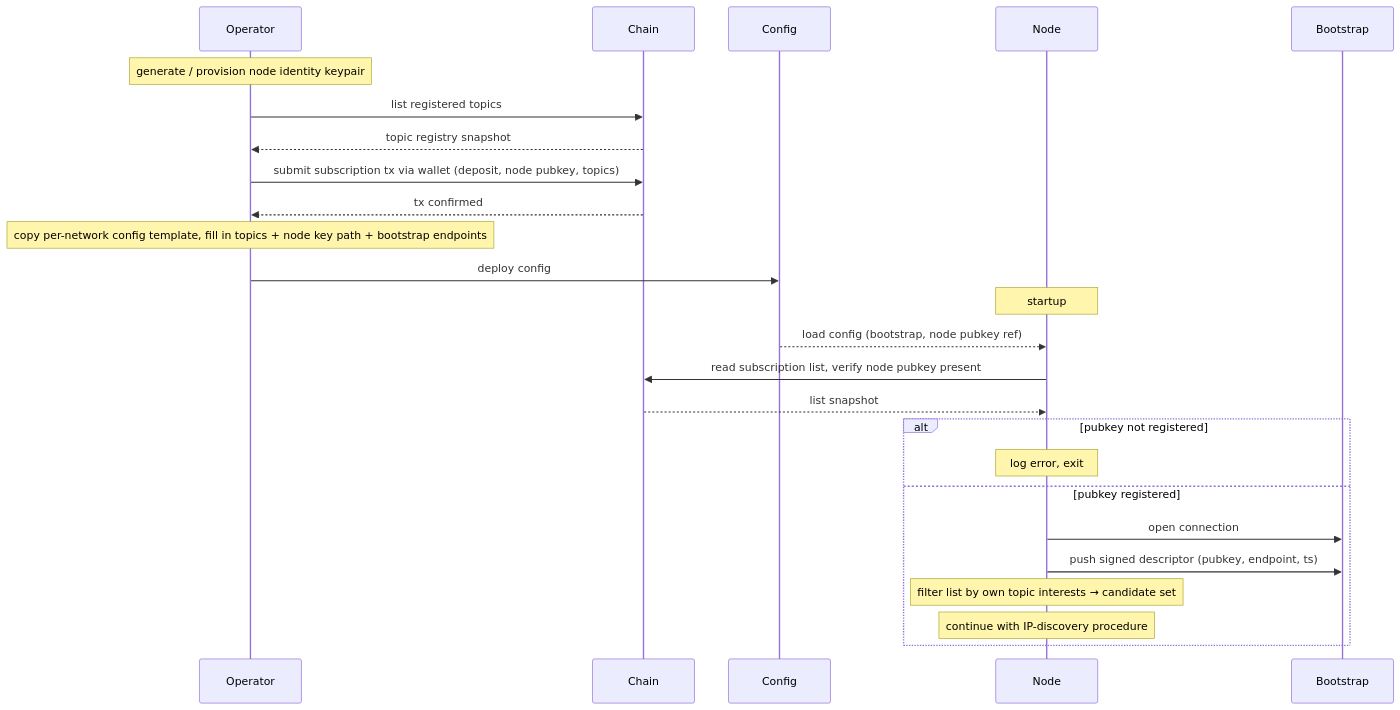
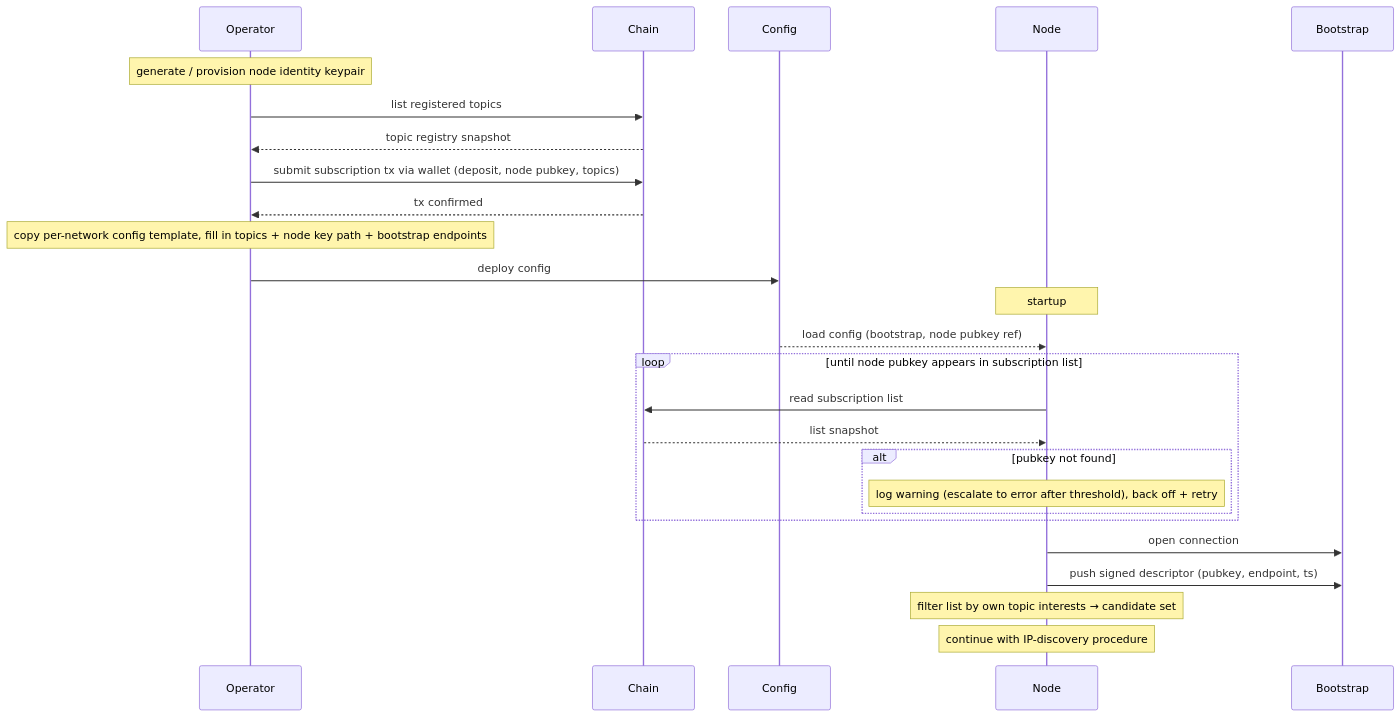
The diagram in docs/node-lifecycle/joining.md (input-output-hk/pubsub), drawn with Mermaid before and after one commit. The commit also changed other lines of this file, not shown here.

Commit message:
docs(node-lifecycle): node startup retries subscription-list lookup with backoff
Replaces the fail-fast exit on missing on-chain registration with
exponential-backoff retries — covers the common case where the
registration tx is not yet confirmed or the chain follower is
behind the tip. Logs escalate from warning to error after a
threshold so a genuinely misconfigured pubkey still surfaces
clearly. The node never initiates a registration transaction;
that remains the operator's job.

Diagram updated: the alt-with-exit branch is replaced with a loop
that retries until the pubkey appears in the list.

````diff
--- a/docs/node-lifecycle/joining.md
+++ b/docs/node-lifecycle/joining.md
@@ -29,29 +29,30 @@
 ```mermaid
 sequenceDiagram
     participant Operator
     participant Chain
     participant Config
     participant Node
     participant Bootstrap
 
     Note over Operator: generate / provision node identity keypair
     Operator->>Chain: list registered topics
     Chain-->>Operator: topic registry snapshot
     Operator->>Chain: submit subscription tx via wallet (deposit, node pubkey, topics)
     Chain-->>Operator: tx confirmed
     Note over Operator: copy per-network config template, fill in topics + node key path + bootstrap endpoints
     Operator->>Config: deploy config
 
     Note over Node: startup
     Config-->>Node: load config (bootstrap, node pubkey ref)
-    Node->>Chain: read subscription list, verify node pubkey present
-    Chain-->>Node: list snapshot
-    alt pubkey not registered
-        Note over Node: log error, exit
-    else pubkey registered
-        Node->>Bootstrap: open connection
-        Node->>Bootstrap: push signed descriptor (pubkey, endpoint, ts)
-        Note over Node: filter list by own topic interests → candidate set
-        Note over Node: continue with IP-discovery procedure
+    loop until node pubkey appears in subscription list
+        Node->>Chain: read subscription list
+        Chain-->>Node: list snapshot
+        alt pubkey not found
+            Note over Node: log warning (escalate to error after threshold), back off + retry
+        end
     end
+    Node->>Bootstrap: open connection
+    Node->>Bootstrap: push signed descriptor (pubkey, endpoint, ts)
+    Note over Node: filter list by own topic interests → candidate set
+    Note over Node: continue with IP-discovery procedure
 ```
````
